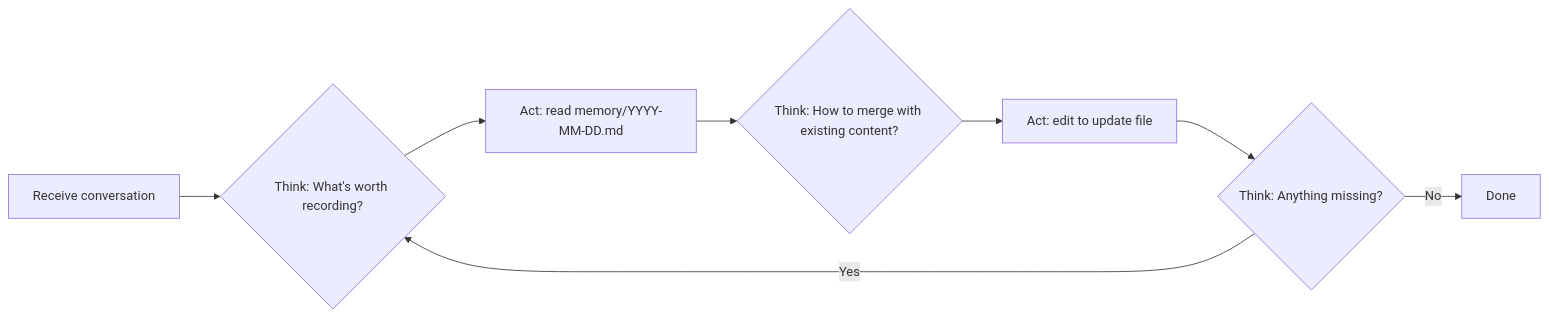
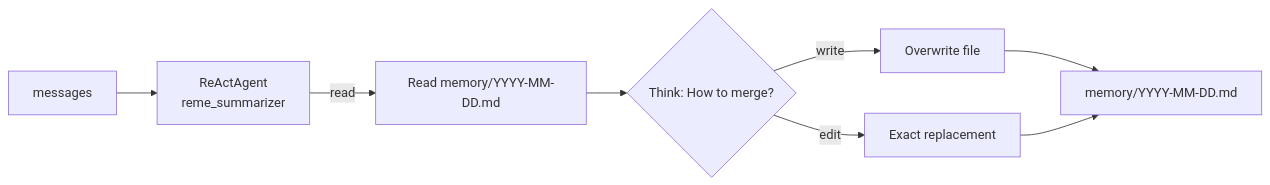
One commit to agentscope-ai/ReMe changed the fourth of 9 diagrams in README.md. Above: the diagram before and after it, drawn with Mermaid. The commit also changed other lines of this file and 1 other file, not shown here.

Commit message:
docs(readme): update documentation with improved architecture diagrams and component details

````diff
--- a/README.md
+++ b/README.md
@@ -243,10 +250,10 @@
 ```mermaid
 graph LR
-    A[Receive conversation] --> B{Think: What's worth recording?}
-    B --> C[Act: read memory/YYYY-MM-DD.md]
-    C --> D{Think: How to merge with existing content?}
-    D --> E[Act: edit to update file]
-    E --> F{Think: Anything missing?}
-    F -->|Yes| B
-    F -->|No| G[Done]
+    M[messages] --> A[ReActAgent<br>reme_summarizer]
+    A -->|read| R[Read memory/YYYY-MM-DD.md]
+    R --> T{Think: How to merge?}
+    T -->|write| W[Overwrite file]
+    T -->|edit| E[Exact replacement]
+    W --> F[memory/YYYY-MM-DD.md]
+    E --> F
 ```
````
